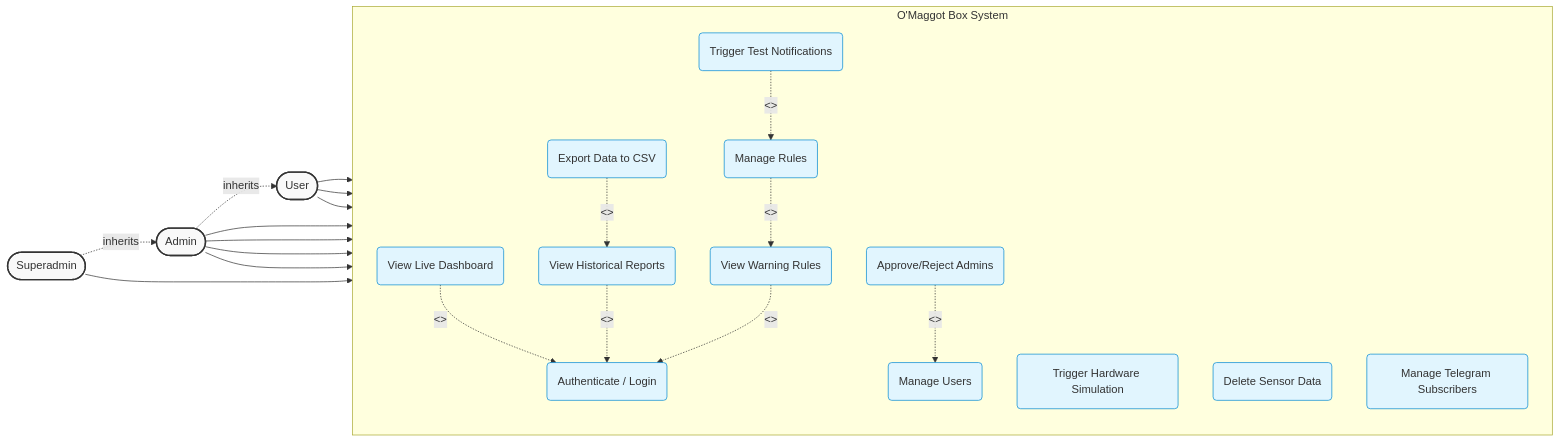
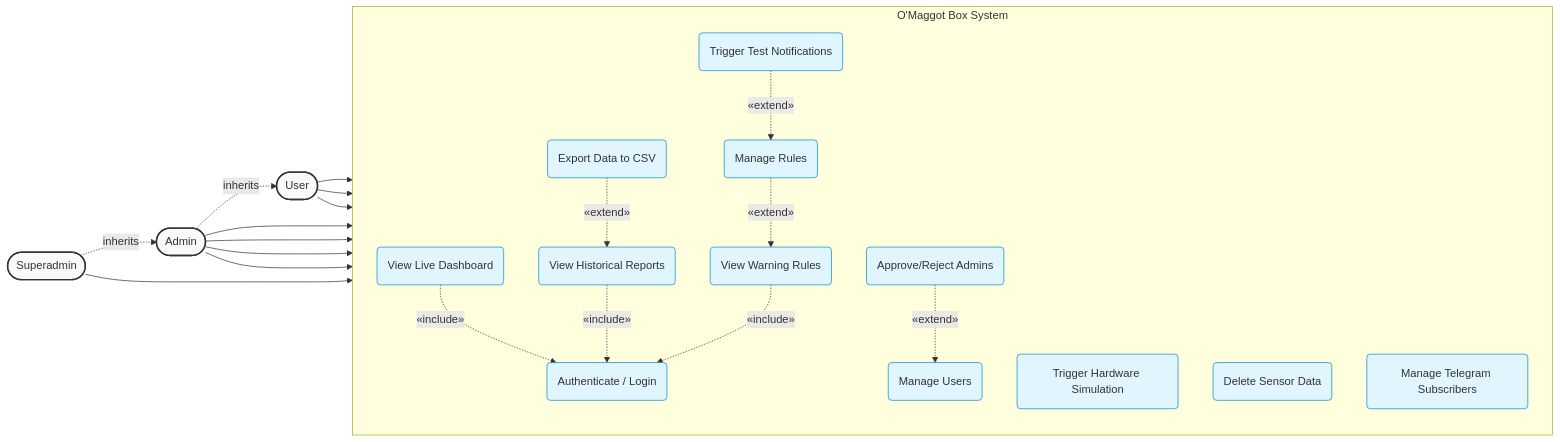
One commit to boyishwara/omaggot changed the fourth of 5 diagrams in README.md. Above: the diagram before and after it, drawn with Mermaid. The commit also changed other lines of this file, not shown here.

````diff
--- a/README.md
+++ b/README.md
@@ -210,62 +210,62 @@
 ```mermaid
 flowchart LR
     %% Actors
     User([User])
     Admin([Admin])
     Superadmin([Superadmin])
 
     %% Inheritance (Generalization)
     Superadmin -.->|inherits| Admin
     Admin -.->|inherits| User
 
     %% System Boundary
     subgraph O_Maggot_System [O'Maggot Box System]
         direction TB
         
         %% Use Cases
         UC_Auth(Authenticate / Login)
         
         UC_Dash(View Live Dashboard)
         UC_Rep(View Historical Reports)
         UC_Exp(Export Data to CSV)
         
         UC_ViewRule(View Warning Rules)
         UC_MgmtRule(Manage Rules)
         UC_TestNotif(Trigger Test Notifications)
         
         UC_Simulate(Trigger Hardware Simulation)
         UC_DelData(Delete Sensor Data)
         UC_Subscribers(Manage Telegram Subscribers)
         
         UC_UserMgmt(Manage Users)
         UC_Approve(Approve/Reject Admins)
 
         %% Include relationships (Mandatory)
-        UC_Dash -.->|<<include>>| UC_Auth
-        UC_Rep -.->|<<include>>| UC_Auth
-        UC_ViewRule -.->|<<include>>| UC_Auth
+        UC_Dash -.->|"«include»"| UC_Auth
+        UC_Rep -.->|"«include»"| UC_Auth
+        UC_ViewRule -.->|"«include»"| UC_Auth
         
         %% Extend relationships (Optional behavior)
-        UC_Exp -.->|<<extend>>| UC_Rep
-        UC_MgmtRule -.->|<<extend>>| UC_ViewRule
-        UC_TestNotif -.->|<<extend>>| UC_MgmtRule
-        UC_Approve -.->|<<extend>>| UC_UserMgmt
+        UC_Exp -.->|"«extend»"| UC_Rep
+        UC_MgmtRule -.->|"«extend»"| UC_ViewRule
+        UC_TestNotif -.->|"«extend»"| UC_MgmtRule
+        UC_Approve -.->|"«extend»"| UC_UserMgmt
     end
 
     %% Actor to Use Case Relationships
     User --> UC_Dash
     User --> UC_Rep
     User --> UC_ViewRule
 
     Admin --> UC_MgmtRule
     Admin --> UC_Simulate
     Admin --> UC_DelData
     Admin --> UC_Subscribers
 
     Superadmin --> UC_UserMgmt
 
     classDef actor fill:#f9f9f9,stroke:#333,stroke-width:2px;
     classDef usecase fill:#e1f5fe,stroke:#0288d1,stroke-width:1px;
     class User,Admin,Superadmin actor;
     class UC_Auth,UC_Dash,UC_Rep,UC_Exp,UC_ViewRule,UC_MgmtRule,UC_TestNotif,UC_Simulate,UC_DelData,UC_Subscribers,UC_UserMgmt,UC_Approve usecase;
 ```
````
